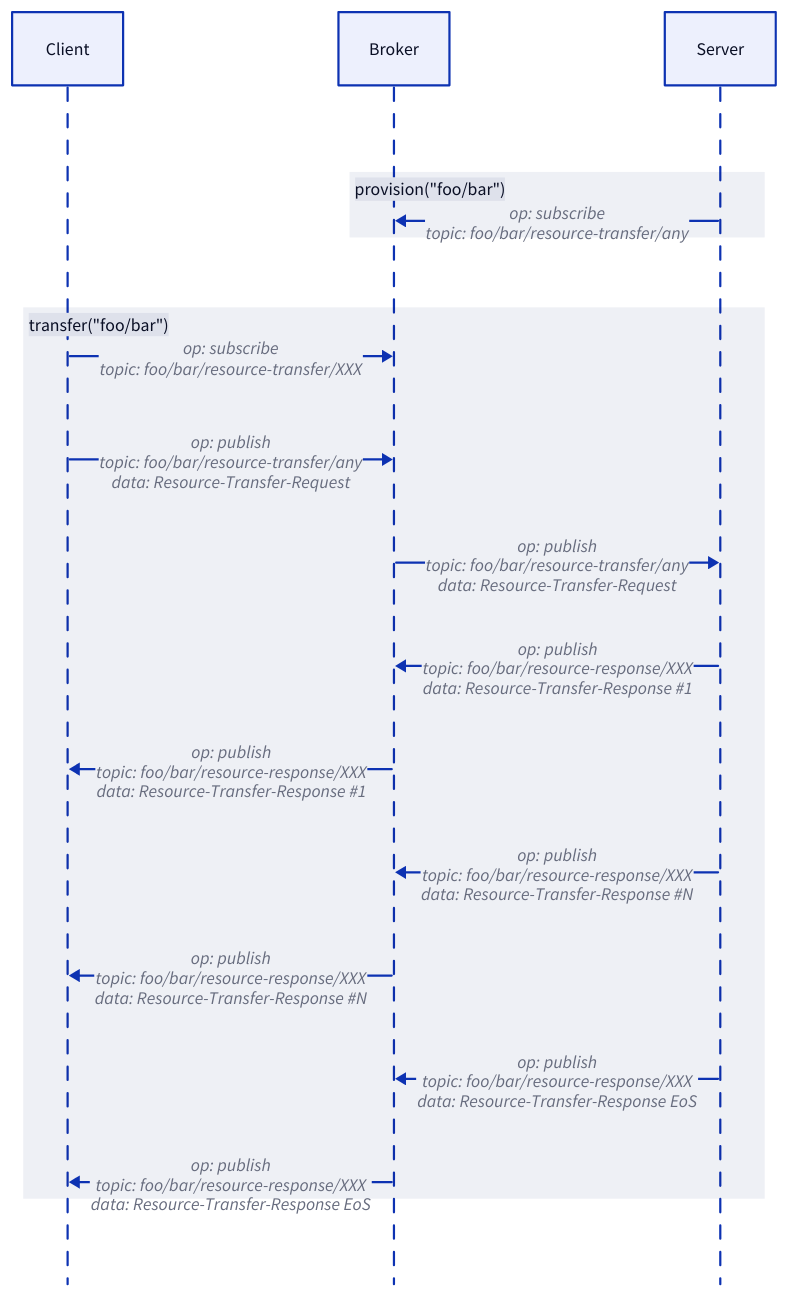
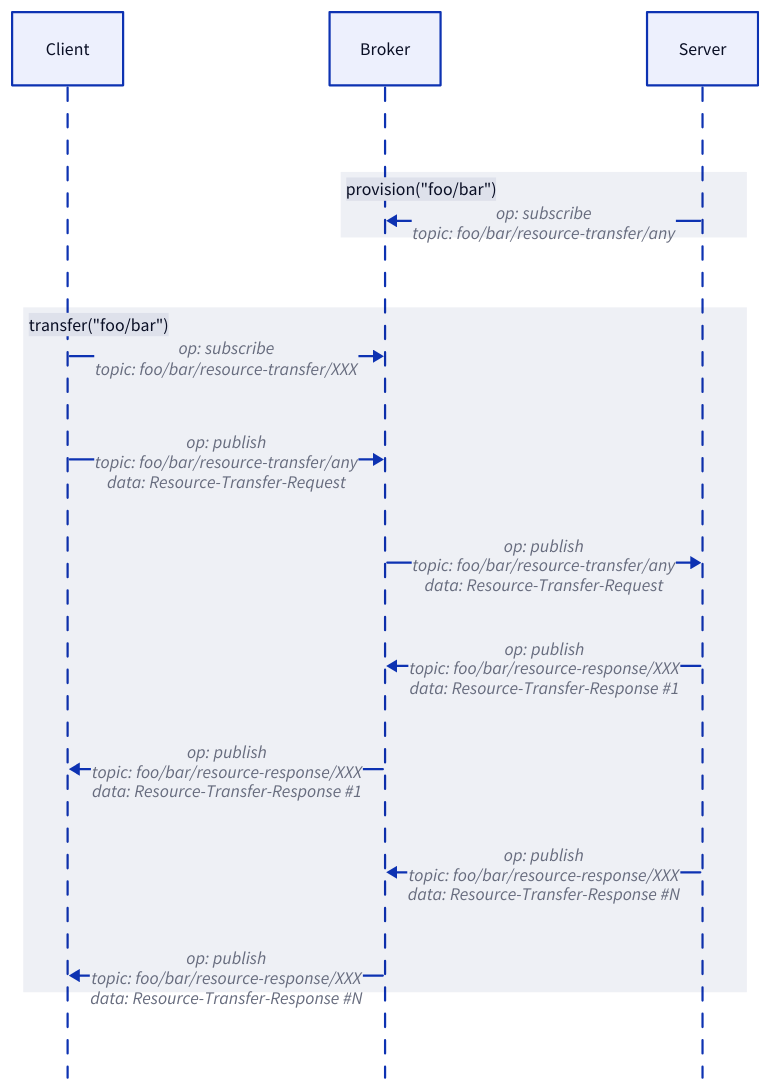
Before and after one commit to rse/mqtt-plus: the diagram in doc/mqtt-plus-4-resource-transfer.d2, drawn with D2. The commit also changed 3 other files, not shown here.

Commit message:
avoid extra message to signal and of stream for Resource Transfer by using a final flag on the final chunk

```diff
--- a/doc/mqtt-plus-4-resource-transfer.d2
+++ b/doc/mqtt-plus-4-resource-transfer.d2
@@ -1,24 +1,22 @@
 
 shape: sequence_diagram
 
 client: "Client"
 broker: "Broker"
 server: "Server"
 
 broker.class: brown
 
 provision("foo/bar") {
     server -> broker: "op: subscribe\ntopic: foo/bar/resource-transfer/any"
 }
 
 transfer("foo/bar") {
     client -> broker: "op: subscribe\ntopic: foo/bar/resource-transfer/XXX"
     client -> broker: "op: publish\ntopic: foo/bar/resource-transfer/any\ndata: Resource-Transfer-Request"
     broker -> server: "op: publish\ntopic: foo/bar/resource-transfer/any\ndata: Resource-Transfer-Request"
     broker <- server: "op: publish\ntopic: foo/bar/resource-response/XXX\ndata: Resource-Transfer-Response #1"
     client <- broker: "op: publish\ntopic: foo/bar/resource-response/XXX\ndata: Resource-Transfer-Response #1"
     broker <- server: "op: publish\ntopic: foo/bar/resource-response/XXX\ndata: Resource-Transfer-Response #N"
     client <- broker: "op: publish\ntopic: foo/bar/resource-response/XXX\ndata: Resource-Transfer-Response #N"
-    broker <- server: "op: publish\ntopic: foo/bar/resource-response/XXX\ndata: Resource-Transfer-Response EoS"
-    client <- broker: "op: publish\ntopic: foo/bar/resource-response/XXX\ndata: Resource-Transfer-Response EoS"
 }
```
